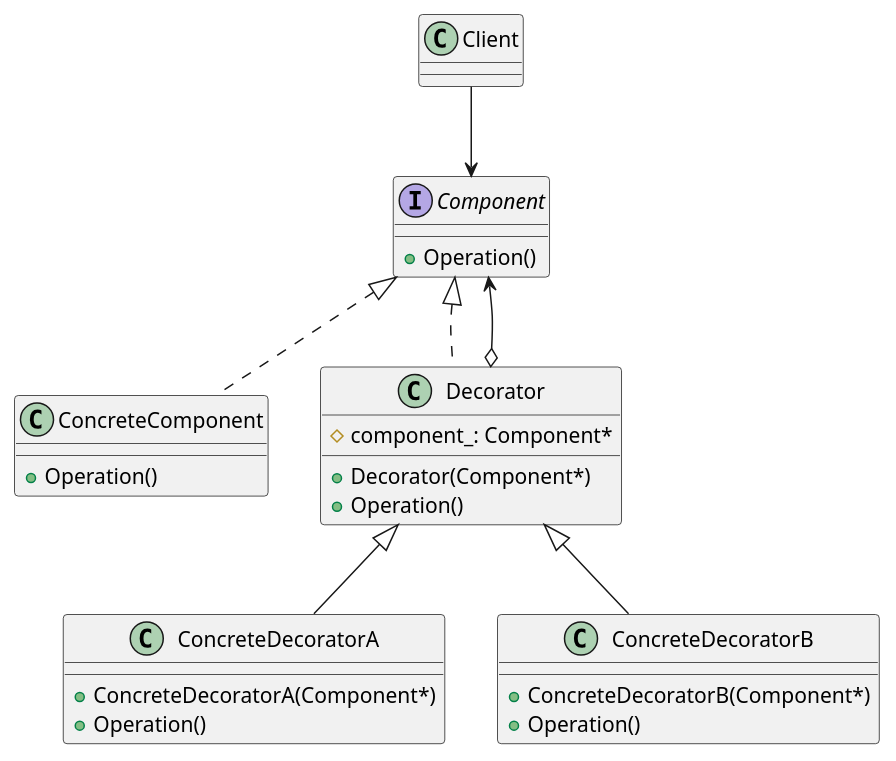
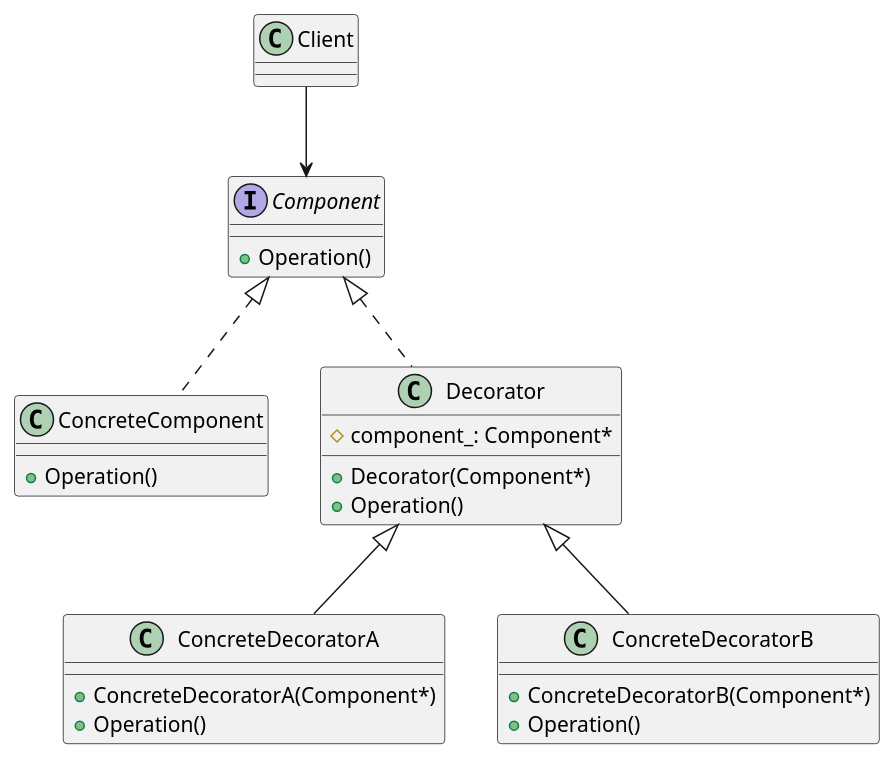
The diagram in dev_demo/designPattern/decorator/decorator.puml (alphajayGithub/devDemos), drawn with PlantUML before and after one commit. The commit also changed 11 other files, not shown here.

```diff
--- a/dev_demo/designPattern/decorator/decorator.puml
+++ b/dev_demo/designPattern/decorator/decorator.puml
@@ -1,36 +1,36 @@
 @startuml
 
 Component <|.. ConcreteComponent
 Component <|..  Decorator
-Component <--o  Decorator
+' Component <--o  Decorator
 
 interface Component{
     + Operation()
 }
 
 class ConcreteComponent{
     + Operation()
 }
 
 class Decorator{
     # component_: Component*
     + Decorator(Component*)
     + Operation()
 }
 
 Decorator <|-- ConcreteDecoratorA
 Decorator <|-- ConcreteDecoratorB
 
 class ConcreteDecoratorA{
         + ConcreteDecoratorA(Component*)
         + Operation()
 }
 
 class ConcreteDecoratorB{
         + ConcreteDecoratorB(Component*)
         + Operation()
 }
 
 Client --> Component
 
 @enduml
```
